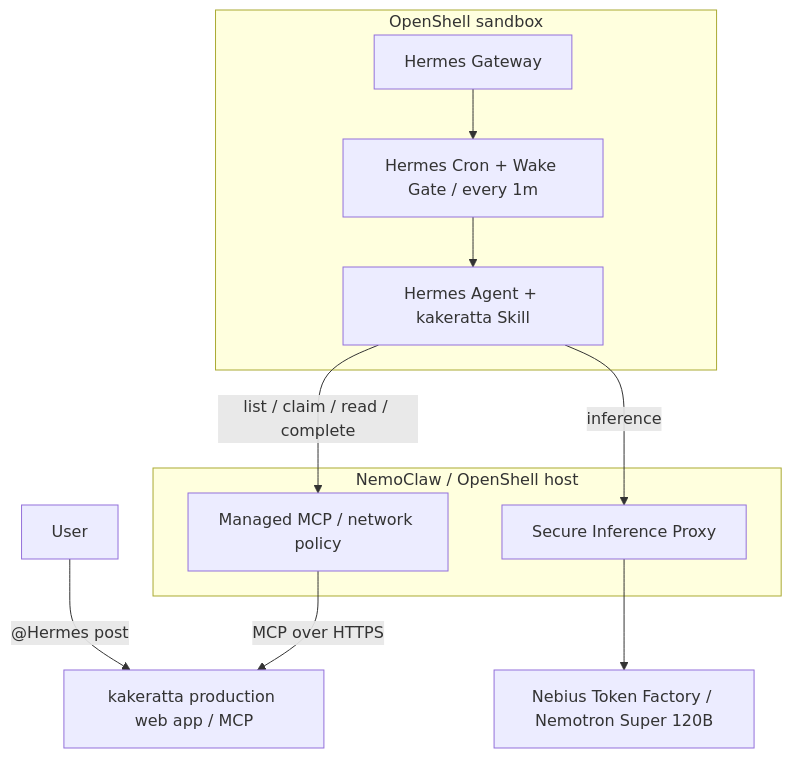
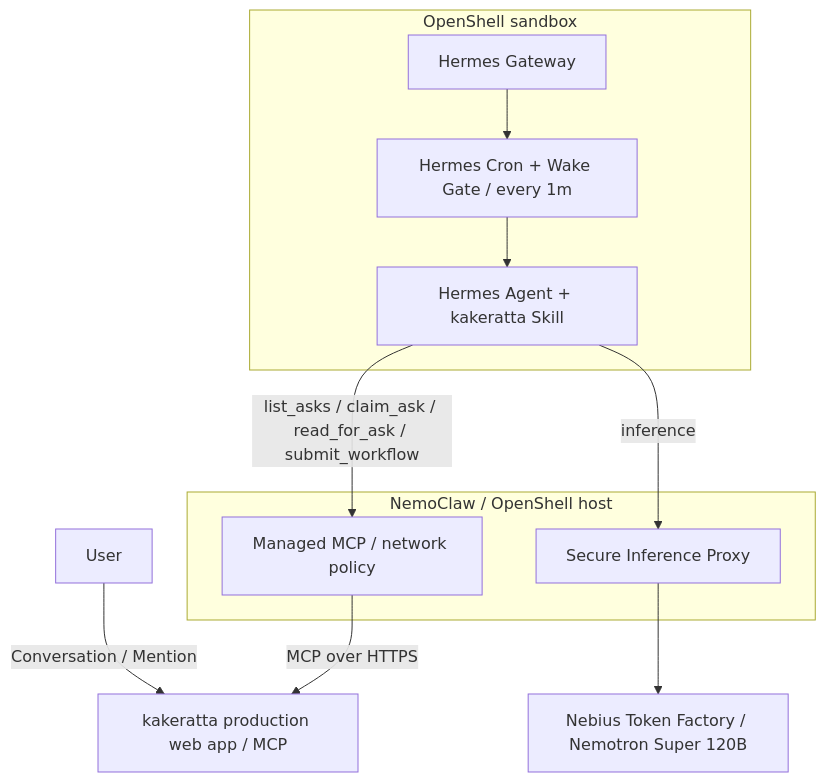
The diagram in docs/nemoclaw-hermes-integration.md (takeshy/kakeratta), drawn with Mermaid before and after one commit. The commit also changed other lines of this file and 2 other files, not shown here.

First line of the commit message:
docs: modernize NemoClaw/Hermes integration docs and bump skill to v11

````diff
--- a/docs/nemoclaw-hermes-integration.md
+++ b/docs/nemoclaw-hermes-integration.md
@@ -14,16 +11,16 @@
 ```mermaid
 flowchart TD
-    U["User"] -->|"@Hermes post"| K["kakeratta production web app / MCP"]
+    U["User"] -->|"Conversation / Mention"| K["kakeratta production web app / MCP"]
     subgraph H["NemoClaw / OpenShell host"]
       M["Managed MCP / network policy"]
       P["Secure Inference Proxy"]
     end
     subgraph S["OpenShell sandbox"]
       G["Hermes Gateway"]
       C["Hermes Cron + Wake Gate / every 1m"]
       A["Hermes Agent + kakeratta Skill"]
       G --> C --> A
     end
-    A -->|"list / claim / read / complete"| M -->|"MCP over HTTPS"| K
+    A -->|"list_asks / claim_ask / read_for_ask / submit_workflow"| M -->|"MCP over HTTPS"| K
     A -->|"inference"| P --> N["Nebius Token Factory / Nemotron Super 120B"]
 ```
````
